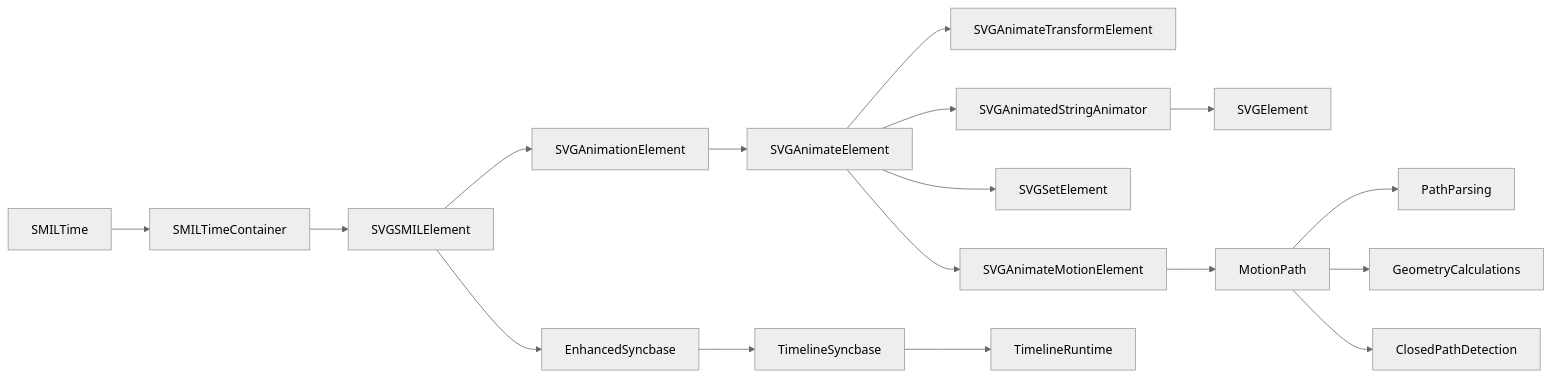
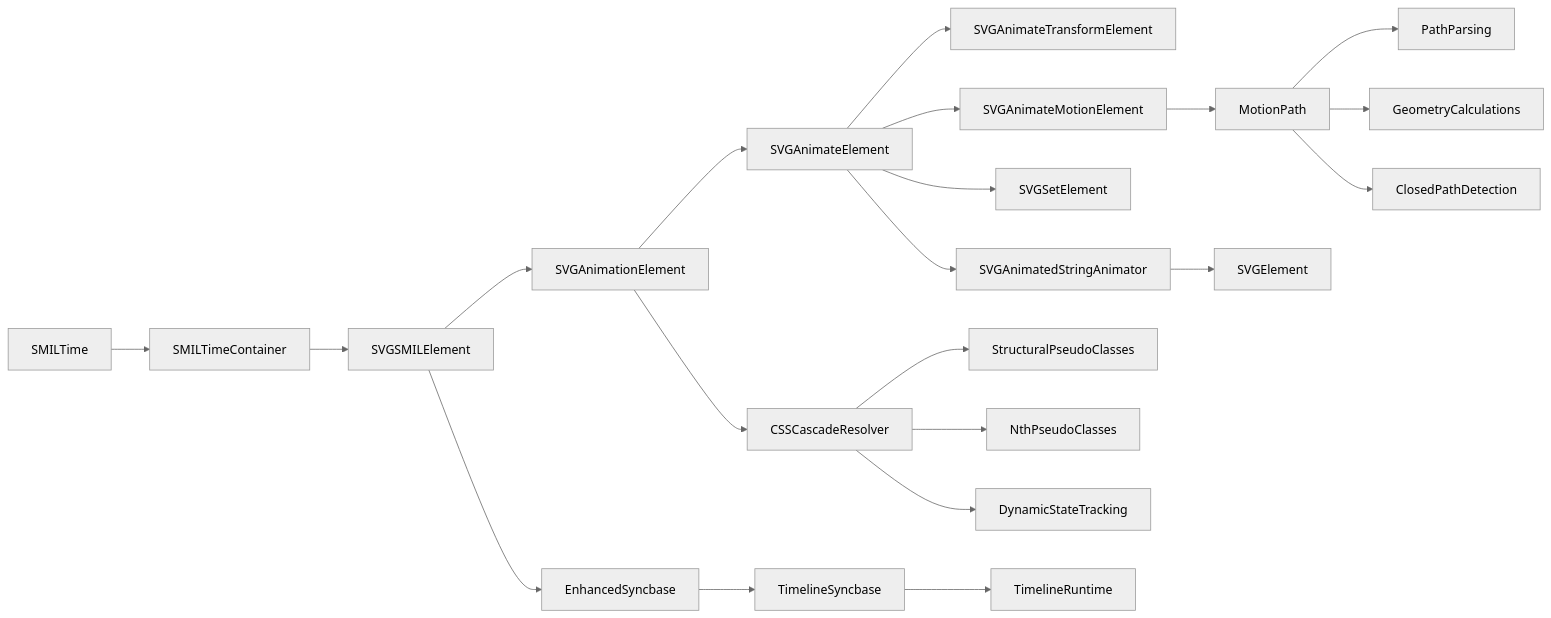
Diagram 14 of 14 in .qoder/repowiki/en/content/Animated SVG Support/SMIL Animation Specification/SMIL Animation Specification.md (denisnadey/flutter_full_svg_support), drawn with Mermaid (neutral theme) before and after one commit. The commit also changed other lines of this file and 25 other files, not shown here.

````diff
--- a/.qoder/repowiki/en/content/Animated SVG Support/SMIL Animation Specification/SMIL Animation Specification.md
+++ b/.qoder/repowiki/en/content/Animated SVG Support/SMIL Animation Specification/SMIL Animation Specification.md
@@ -667,19 +868,23 @@
 ```mermaid
 graph LR
 SMILTime --> SMILTimeContainer
 SMILTimeContainer --> SVGSMILElement
 SVGSMILElement --> SVGAnimationElement
 SVGAnimationElement --> SVGAnimateElement
 SVGAnimateElement --> SVGAnimateTransformElement
 SVGAnimateElement --> SVGAnimateMotionElement
 SVGAnimateElement --> SVGSetElement
 SVGAnimateElement --> SVGAnimatedStringAnimator
 SVGAnimatedStringAnimator --> SVGElement
 SVGSMILElement --> EnhancedSyncbase
 EnhancedSyncbase --> TimelineSyncbase
 TimelineSyncbase --> TimelineRuntime
 SVGAnimateMotionElement --> MotionPath
 MotionPath --> PathParsing
 MotionPath --> GeometryCalculations
 MotionPath --> ClosedPathDetection
+CSSCascadeResolver --> StructuralPseudoClasses
+CSSCascadeResolver --> NthPseudoClasses
+CSSCascadeResolver --> DynamicStateTracking
+SVGAnimationElement --> CSSCascadeResolver
 ```
````
